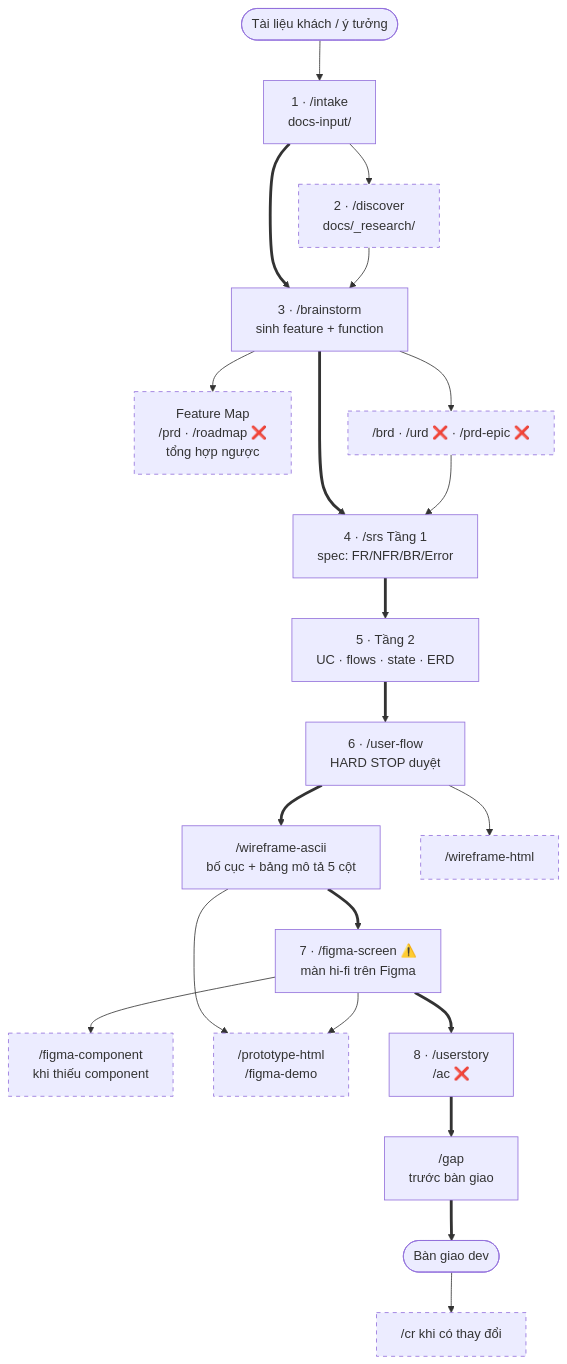
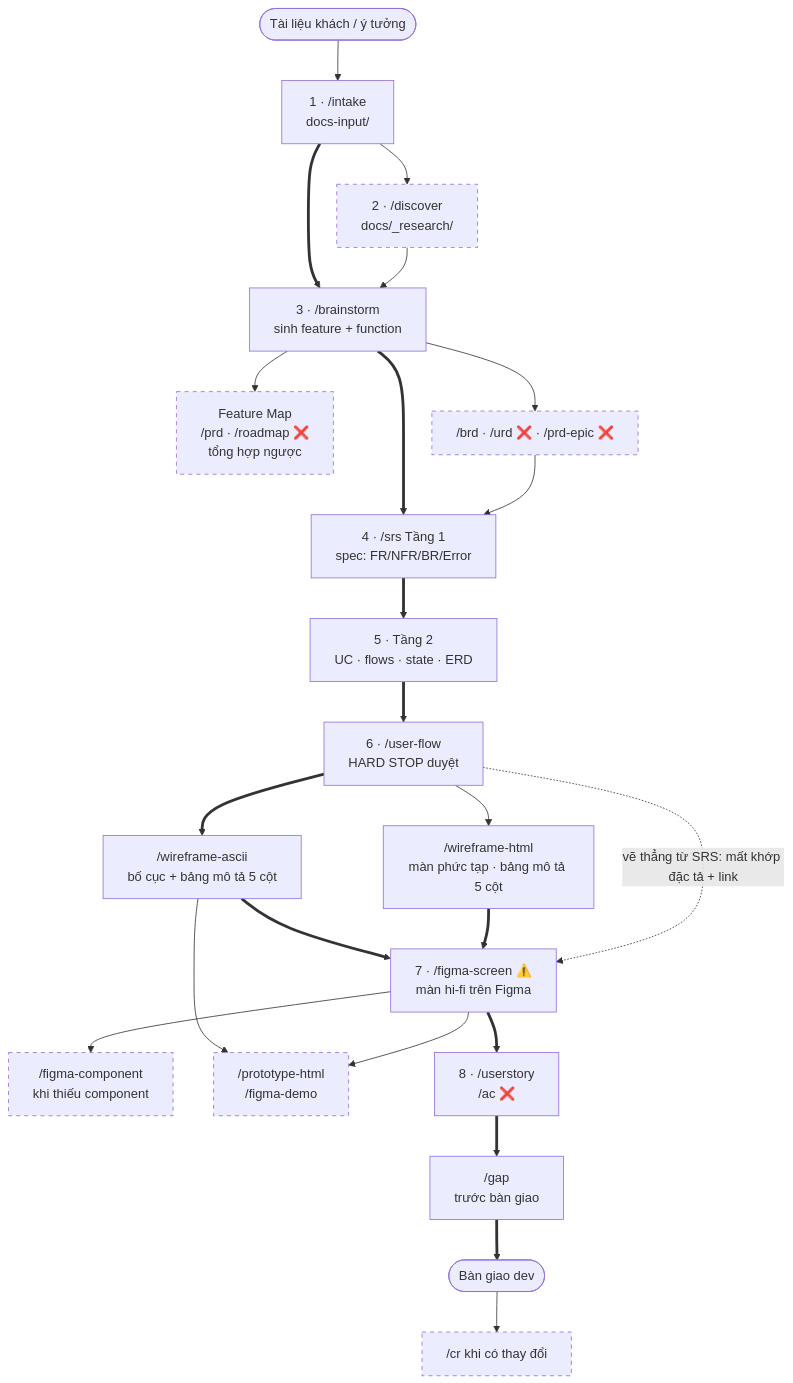
One commit to szitphan/invlogis changed the diagram in _guides/pipeline.md. Above: the diagram before and after it, drawn with Mermaid. The commit also changed other lines of this file and 8 other files, not shown here.

````diff
--- a/_guides/pipeline.md
+++ b/_guides/pipeline.md
@@ -33,26 +33,28 @@
 ```mermaid
 flowchart TD
     Start(["Tài liệu khách / ý tưởng"]) --> IN["1 · /intake<br>docs-input/"]
     IN --> DIS["2 · /discover<br>docs/_research/"]
     IN ==> BS["3 · /brainstorm<br>sinh feature + function"]
     DIS --> BS
     BS --> FM["Feature Map<br>/prd · /roadmap ❌<br>tổng hợp ngược"]
     BS --> BRD["/brd · /urd ❌ · /prd-epic ❌"]
     BS ==> SRS["4 · /srs Tầng 1<br>spec: FR/NFR/BR/Error"]
     BRD --> SRS
     SRS ==> MOD["5 · Tầng 2<br>UC · flows · state · ERD"]
     MOD ==> UF["6 · /user-flow<br>HARD STOP duyệt"]
     UF ==> WA["/wireframe-ascii<br>bố cục + bảng mô tả 5 cột"]
-    UF --> WH["/wireframe-html"]
+    UF --> WH["/wireframe-html<br>màn phức tạp · bảng mô tả 5 cột"]
     WA ==> FS["7 · /figma-screen ⚠️<br>màn hi-fi trên Figma"]
+    WH ==> FS
+    UF -.->|"vẽ thẳng từ SRS: mất khớp đặc tả + link"| FS
     FS --> FC["/figma-component<br>khi thiếu component"]
     WA --> PH["/prototype-html<br>/figma-demo"]
     FS --> PH
     FS ==> US["8 · /userstory<br>/ac ❌"]
     US ==> GAP["/gap<br>trước bàn giao"]
     GAP ==> Done(["Bàn giao dev"])
     Done --> CR["/cr khi có thay đổi"]
 
     classDef opt stroke-dasharray: 5 5
-    class DIS,FM,BRD,WH,FC,PH,CR opt
+    class DIS,FM,BRD,FC,PH,CR opt
 ```
````
